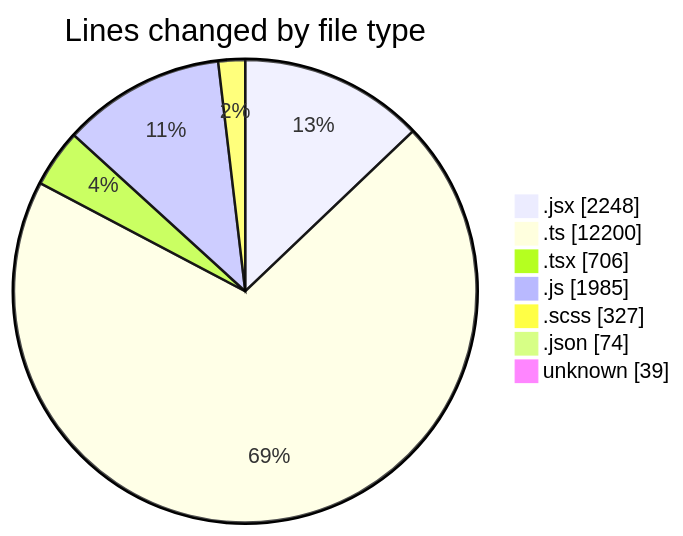
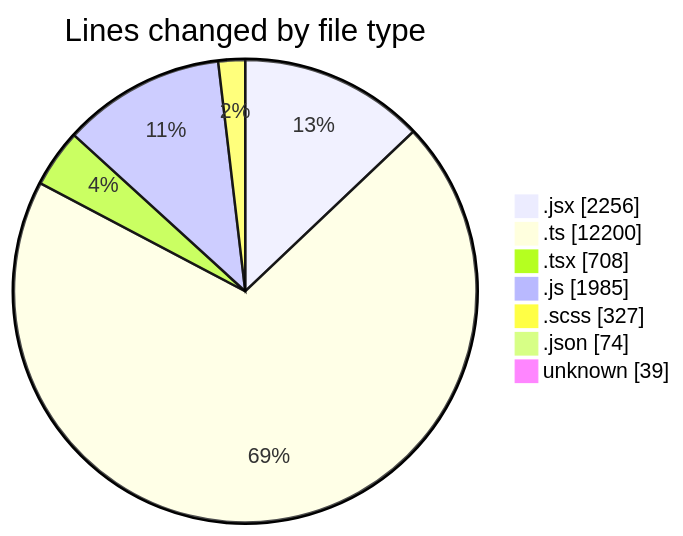
Before and after one commit to momahboobian/code-tracking: the first of 2 diagrams in 2025-06-05/cda/README.md, drawn with Mermaid. The commit also changed other lines of this file and 1 other file, not shown here.

````diff
--- a/2025-06-05/cda/README.md
+++ b/2025-06-05/cda/README.md
@@ -51,11 +51,11 @@
 ```mermaid
 pie showData
 title Lines changed by file type
-".jsx" : 2248
+".jsx" : 2256
 ".ts" : 12200
-".tsx" : 706
+".tsx" : 708
 ".js" : 1985
 ".scss" : 327
 ".json" : 74
 "unknown" : 39
 ```
````
